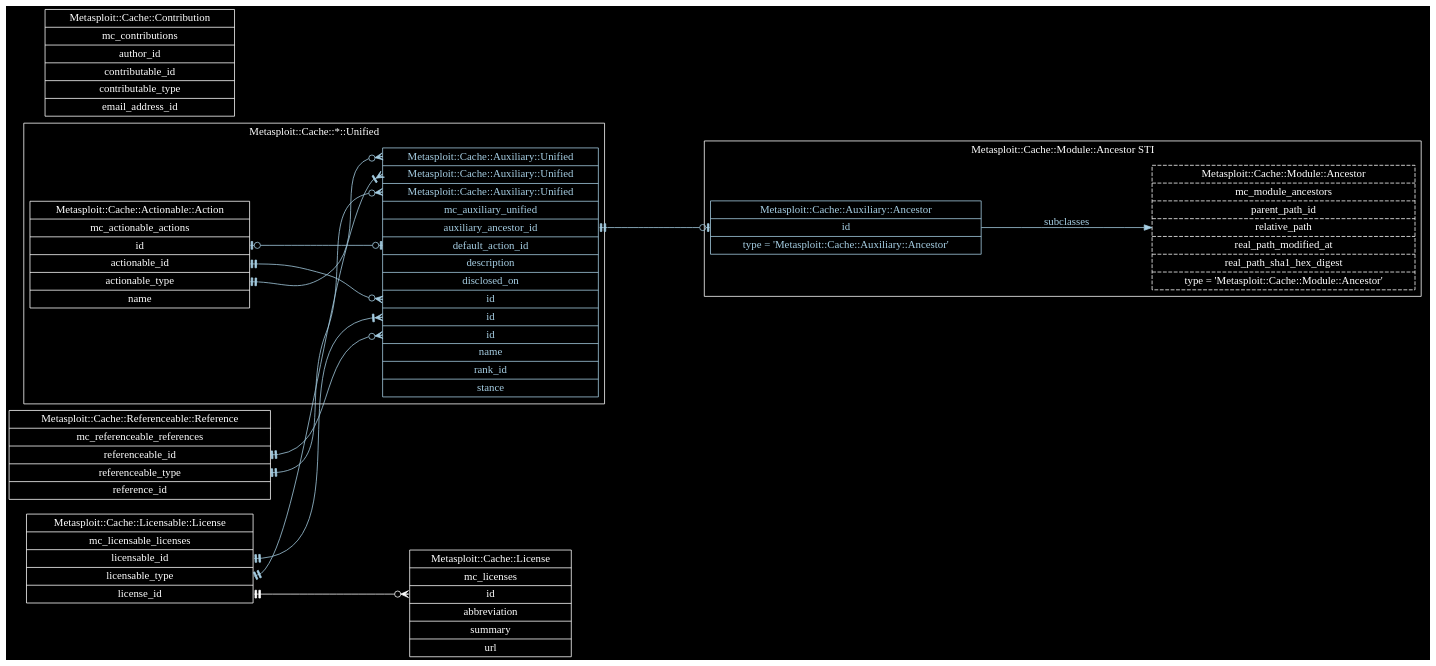
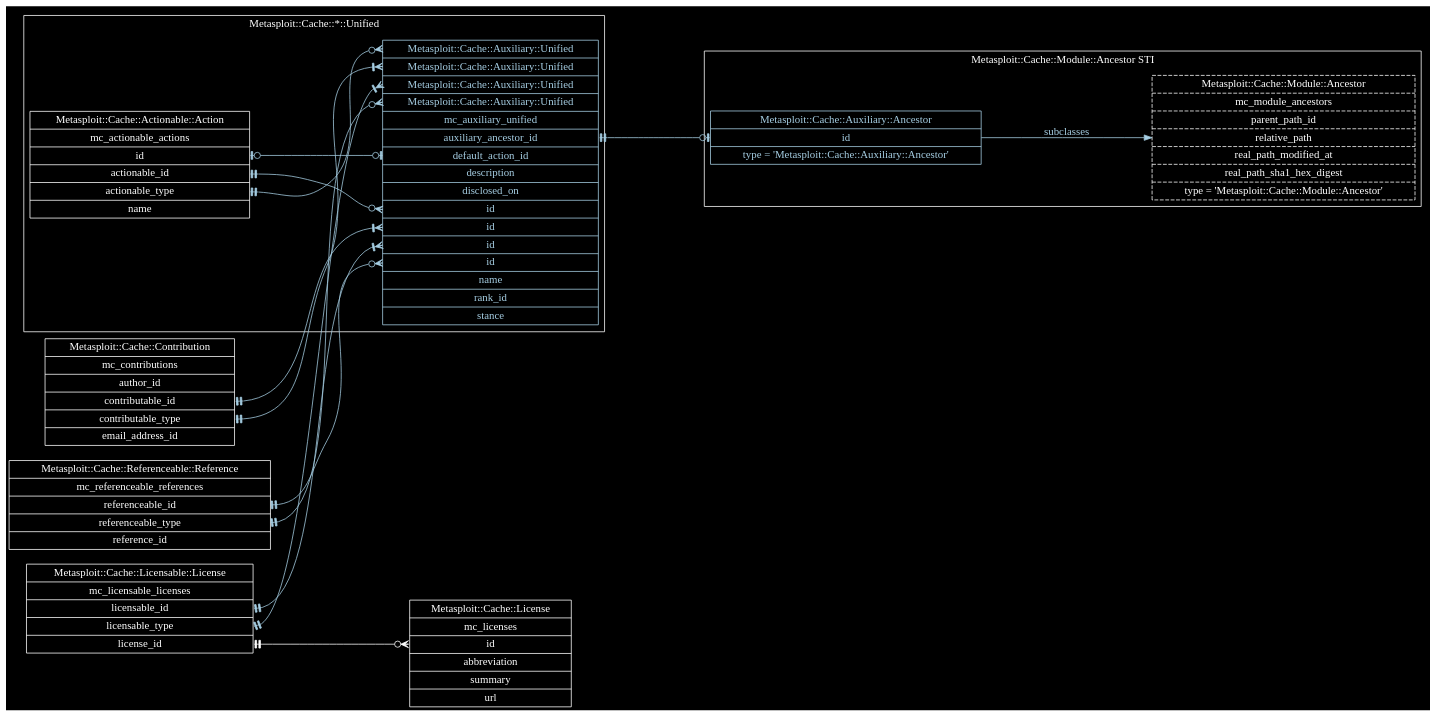
One commit to rapid7/metasploit-cache changed the diagram in docs/metasploit-cache-read-model.dot. Above: the diagram before and after it, drawn with Graphviz.

Commit message:
Contribution -> Auxiliary::Unified
MSP-12192

```diff
--- a/docs/metasploit-cache-read-model.dot
+++ b/docs/metasploit-cache-read-model.dot
@@ -1,133 +1,147 @@
 digraph "Metasploit::Cache Read Model" {
   edge [
     color = "white"
     fontcolor = "white"
   ]
   graph [
     bgcolor = "black"
     rankdir = "LR"
     ranksep = "2"
   ]
   node [
     color = "white"
     fontcolor = "white"
     shape = "record"
   ]
 
   "Metasploit::Cache::Actionable::Action" [
     label = "Metasploit::Cache::Actionable::Action | mc_actionable_actions | <id>id | <actionable_id>actionable_id | <actionable_type>actionable_type | name"
   ]
 
   "Metasploit::Cache::Actionable::Action":actionable_id -> "Metasploit::Cache::Auxiliary::Unified":id_for_actionable_id [
     arrowhead = "crowodot"
     arrowtail = "teetee"
     color = "/paired9/1"
     dir = "both"
   ]
 
   "Metasploit::Cache::Actionable::Action":actionable_type -> "Metasploit::Cache::Auxiliary::Unified":type_for_actionable_type [
     arrowhead = "crowodot"
     arrowtail = "teetee"
     color = "/paired9/1"
     dir = "both"
   ]
 
   "Metasploit::Cache::Contribution" [
     label = "Metasploit::Cache::Contribution | mc_contributions | author_id | <contributable_id>contributable_id | <contributable_type>contributable_type | email_address_id"
+  ]
+
+  "Metasploit::Cache::Contribution":contributable_id -> "Metasploit::Cache::Auxiliary::Unified":id_for_contributable_id [
+    arrowhead = "crowtee"
+    arrowtail = "teetee"
+    color = "/paired9/1"
+    dir = "both"
+  ]
+
+  "Metasploit::Cache::Contribution":contributable_type -> "Metasploit::Cache::Auxiliary::Unified":type_for_contributable_type [
+    arrowhead = "crowtee"
+    arrowtail = "teetee"
+    color = "/paired9/1"
+    dir = "both"
   ]
 
   "Metasploit::Cache::License" [
     label = "Metasploit::Cache::License | mc_licenses | <id>id | abbreviation | summary | url"
   ]
 
   "Metasploit::Cache::Licensable::License" [
     label = "Metasploit::Cache::Licensable::License | mc_licensable_licenses | <licensable_id>licensable_id | <licensable_type>licensable_type | <license_id>license_id"
   ]
 
   "Metasploit::Cache::Licensable::License":licensable_id -> "Metasploit::Cache::Auxiliary::Unified":id_for_licensable_id [
     arrowhead = "crowtee"
     arrowtail = "teetee"
     color = "/paired9/1"
     dir = "both"
   ]
 
   "Metasploit::Cache::Licensable::License":licensable_type -> "Metasploit::Cache::Auxiliary::Unified":type_for_licensable_type [
     arrowhead = "crowtee"
     arrowtail = "teetee"
     color = "/paired9/1"
     dir = "both"
   ]
 
   "Metasploit::Cache::Licensable::License":license_id -> "Metasploit::Cache::License":id [
     arrowhead = "crowodot"
     arrowtail = "teetee"
     dir = "both"
   ]
 
   "Metasploit::Cache::Referenceable::Reference" [
     label = "Metasploit::Cache::Referenceable::Reference | mc_referenceable_references | <referenceable_id>referenceable_id | <referenceable_type>referenceable_type | reference_id"
   ]
 
   "Metasploit::Cache::Referenceable::Reference":referenceable_id -> "Metasploit::Cache::Auxiliary::Unified":id_for_referenceable_id [
     arrowhead = "crowodot"
     arrowtail = "teetee"
     color = "/paired9/1"
     dir = "both"
   ]
 
   "Metasploit::Cache::Referenceable::Reference":referenceable_type -> "Metasploit::Cache::Auxiliary::Unified":type_for_referenceable_type [
     arrowhead = "crowodot"
     arrowtail = "teetee"
     color = "/paired9/1"
     dir = "both"
   ]
 
   subgraph cluster_mc_module_ancestors {
     color = "white"
     fontcolor = "white"
     label = "Metasploit::Cache::Module::Ancestor STI"
 
     "Metasploit::Cache::Module::Ancestor" [
       label = "Metasploit::Cache::Module::Ancestor | mc_module_ancestors | parent_path_id | relative_path | real_path_modified_at | real_path_sha1_hex_digest | type = 'Metasploit::Cache::Module::Ancestor'"
       style = "dashed"
     ]
 
     "Metasploit::Cache::Auxiliary::Ancestor" [
       fontcolor = "/paired9/1"
       label = "Metasploit::Cache::Auxiliary::Ancestor | <id>id | type = 'Metasploit::Cache::Auxiliary::Ancestor'"
       color = "/paired9/1"
     ]
 
     "Metasploit::Cache::Auxiliary::Ancestor" -> "Metasploit::Cache::Module::Ancestor" [
       color = "/paired9/1"
       fontcolor = "/paired9/1"
       label = "subclasses"
     ]
   }
 
   subgraph cluster_metasploit_cache_unified {
     color = "white"
     fontcolor = "white"
     label = "Metasploit::Cache::*::Unified"
 
     "Metasploit::Cache::Auxiliary::Unified" [
       color = "/paired9/1"
       fontcolor = "/paired9/1"
-      label = "<type_for_actionable_type>Metasploit::Cache::Auxiliary::Unified | <type_for_licensable_type>Metasploit::Cache::Auxiliary::Unified | <type_for_referenceable_type>Metasploit::Cache::Auxiliary::Unified | mc_auxiliary_unified | <auxiliary_ancestor_id>auxiliary_ancestor_id | <default_action_id>default_action_id | description | disclosed_on | <id_for_actionable_id>id | <id_for_licensable_id>id | <id_for_referenceable_id>id | name | rank_id | stance"
+      label = "<type_for_actionable_type>Metasploit::Cache::Auxiliary::Unified | <type_for_contributable_type>Metasploit::Cache::Auxiliary::Unified | <type_for_licensable_type>Metasploit::Cache::Auxiliary::Unified | <type_for_referenceable_type>Metasploit::Cache::Auxiliary::Unified | mc_auxiliary_unified | <auxiliary_ancestor_id>auxiliary_ancestor_id | <default_action_id>default_action_id | description | disclosed_on | <id_for_actionable_id>id | <id_for_contributable_id>id | <id_for_licensable_id>id | <id_for_referenceable_id>id | name | rank_id | stance"
     ]
 
     "Metasploit::Cache::Auxiliary::Unified":auxiliary_ancestor_id -> "Metasploit::Cache::Auxiliary::Ancestor":id [
       arrowhead = "teeodot"
       arrowtail = "teetee"
       color = "/paired9/1"
       dir = "both"
     ]
 
     "Metasploit::Cache::Auxiliary::Unified":default_action_id -> "Metasploit::Cache::Actionable::Action":id [
       arrowhead = "teeodot"
       arrowtail = "teeodot"
       color = "/paired9/1"
       dir = "both"
     ]
   }
 }
```
